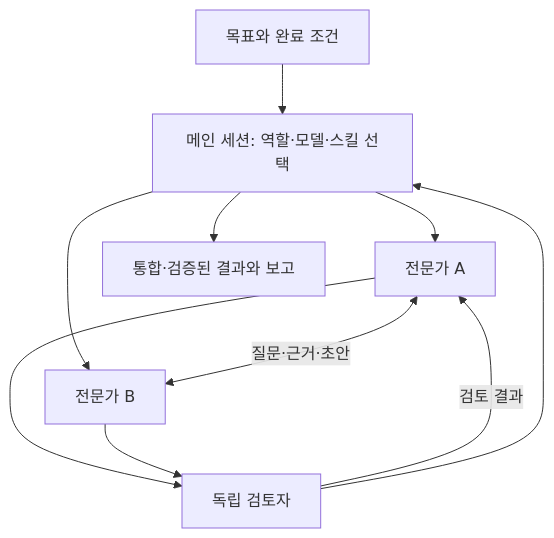
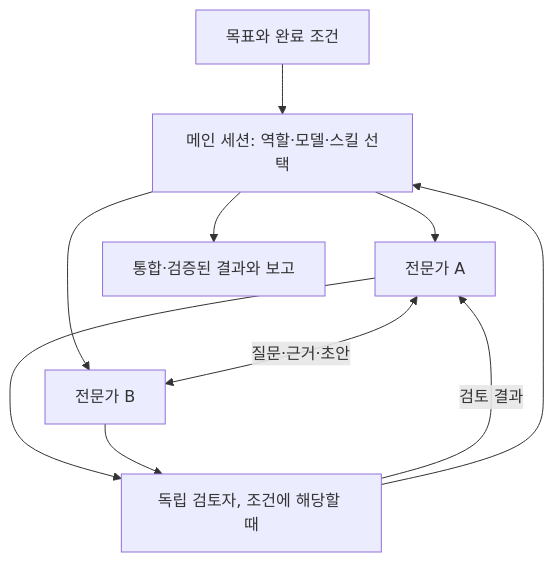
Before and after one commit to yoyowasi/codex-orchestrator-kit: the diagram in README.ko.md, drawn with Mermaid. The commit also changed other lines of this file and 6 other files, not shown here.

````diff
--- a/README.ko.md
+++ b/README.ko.md
@@ -11,12 +11,12 @@
 ```mermaid
 flowchart TD
     U[목표와 완료 조건] --> O[메인 세션: 역할·모델·스킬 선택]
     O --> A[전문가 A]
     O --> B[전문가 B]
     A <-->|질문·근거·초안| B
-    A --> R[독립 검토자]
+    A --> R[독립 검토자, 조건에 해당할 때]
     B --> R
     R -->|검토 결과| A
     R --> O
     O --> D[통합·검증된 결과와 보고]
 ```
````
